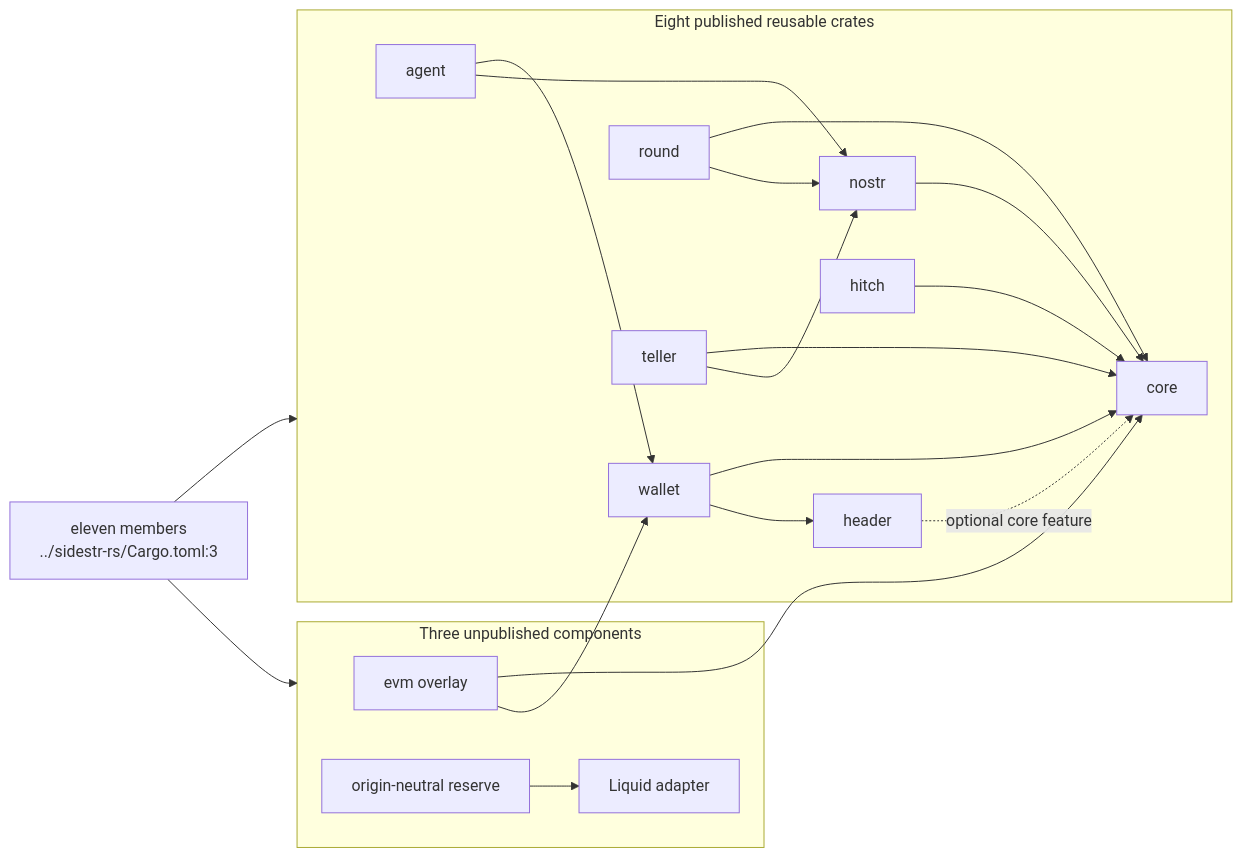
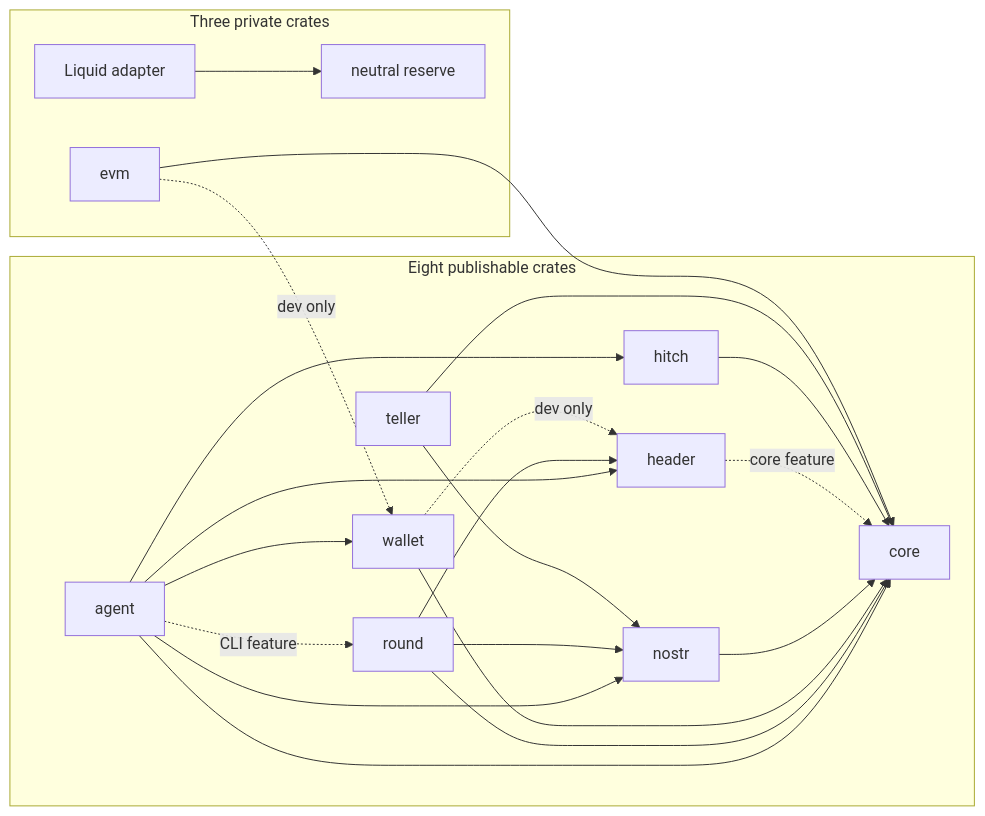
The first of 4 diagrams in docs/diagrams/sidestr-rs/01-workspace-oracles-and-live-boundary.md (DreamLab-AI/VisionFlow), drawn with Mermaid before and after one commit. The commit also changed other lines of this file and 27 other files, not shown here.

Commit message:
Audit SideStr oracle participation and correct workspace CI diagrams

````diff
--- a/docs/diagrams/sidestr-rs/01-workspace-oracles-and-live-boundary.md
+++ b/docs/diagrams/sidestr-rs/01-workspace-oracles-and-live-boundary.md
@@ -33,25 +46,27 @@
 ```mermaid
 flowchart LR
-    subgraph published["Eight published reusable crates"]
-        C["core"]
-        H["header"] -. "optional core feature" .-> C
-        W["wallet"] --> C
-        W --> H
-        N["nostr"] --> C
-        R["round"] --> C
+    subgraph reusable["Eight publishable crates"]
+        A["agent"] --> C["core"]
+        A --> W["wallet"]
+        A --> N["nostr"]
+        A --> H["header"]
+        A --> CH["hitch"]
+        A -. "CLI feature" .-> R["round"]
+        R --> C
+        R --> H
         R --> N
-        A["agent"] --> W
-        A --> N
-        CH["hitch"] --> C
+        W --> C
+        W -. "dev only" .-> H
+        N --> C
+        H -. "core feature" .-> C
+        CH --> C
         T["teller"] --> C
         T --> N
     end
-    subgraph private["Three unpublished components"]
-        E["evm overlay"]
-        RA["origin-neutral reserve"] --> L["Liquid adapter"]
+    subgraph private["Three private crates"]
+        E["evm"]
+        L["Liquid adapter"] --> RA["neutral reserve"]
     end
     E --> C
-    E --> W
-    WS["eleven members<br/>../sidestr-rs/Cargo.toml:3"] --> published
-    WS --> private
+    E -. "dev only" .-> W
 ```
````
